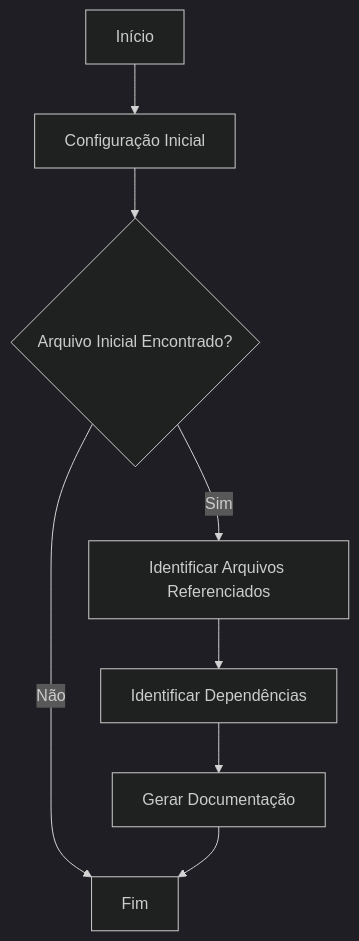
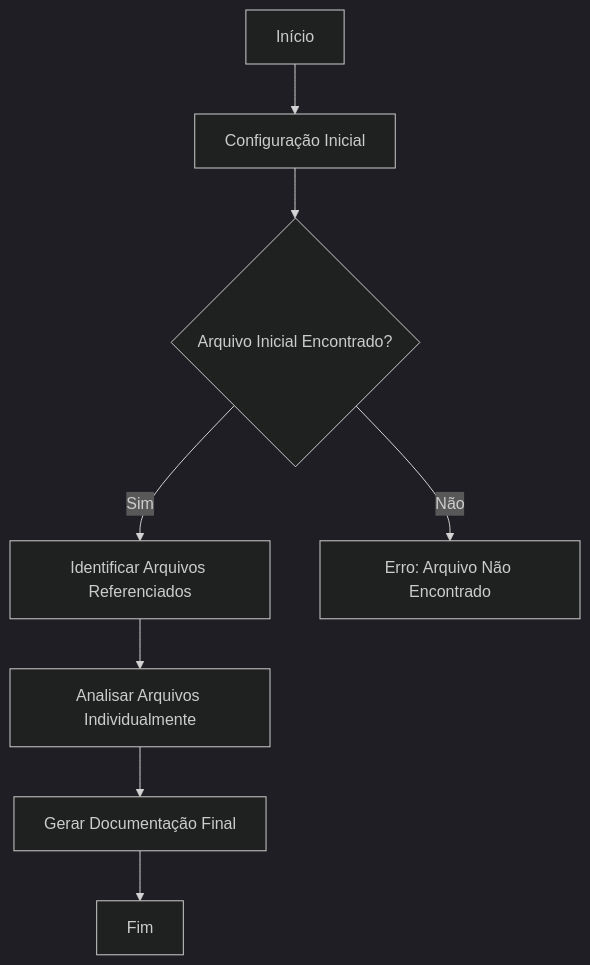
One commit to Dotter-Brasil/modelo-ci-cd-versionamento changed the first of 2 diagrams in documentacao/documentacao_bruta_gerador.php.md. Above: the diagram before and after it, drawn with Mermaid (dark theme). The commit also changed other lines of this file and 11 other files, not shown here.

````diff
--- a/documentacao/documentacao_bruta_gerador.php.md
+++ b/documentacao/documentacao_bruta_gerador.php.md
@@ -72,10 +37,10 @@
 ```mermaid
 flowchart TD
     A[Início] --> B[Configuração Inicial]
     B --> C{Arquivo Inicial Encontrado?}
     C -->|Sim| D[Identificar Arquivos Referenciados]
-    C -->|Não| E[Fim]
-    D --> F[Identificar Dependências]
-    F --> G[Gerar Documentação]
-    G --> E
+    C -->|Não| E[Erro: Arquivo Não Encontrado]
+    D --> F[Analisar Arquivos Individualmente]
+    F --> G[Gerar Documentação Final]
+    G --> H[Fim]
 ```
````
